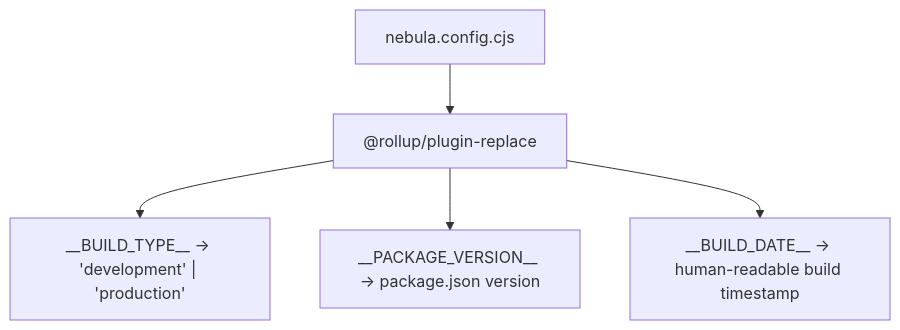
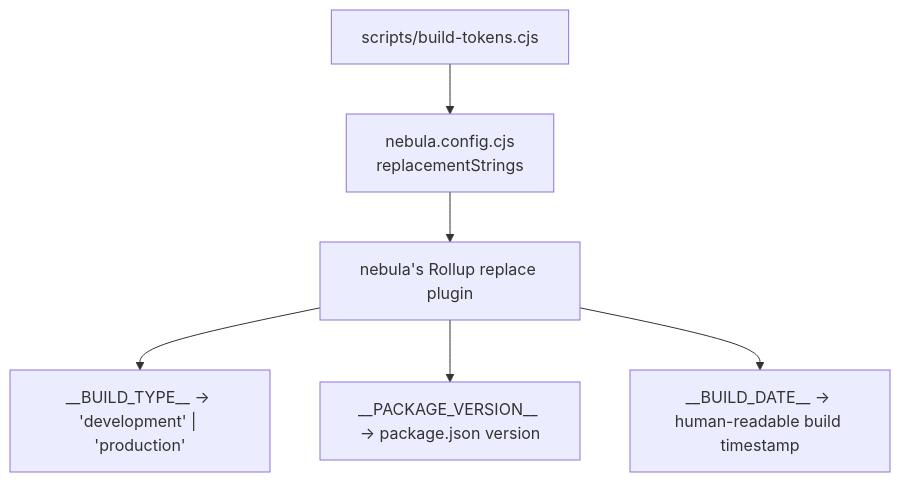
Before and after one commit to ptarmiganlabs/onboard.qs: the second of 4 diagrams in docs/BUILD-AND-DEPLOYMENT.md, drawn with Mermaid. The commit also changed other lines of this file and 11 other files, not shown here.

````diff
--- a/docs/BUILD-AND-DEPLOYMENT.md
+++ b/docs/BUILD-AND-DEPLOYMENT.md
@@ -44,7 +46,8 @@
 ```mermaid
 flowchart TD
-    A[nebula.config.cjs] --> B["@rollup/plugin-replace"]
-    B --> C["__BUILD_TYPE__ → 'development' | 'production'"]
-    B --> D["__PACKAGE_VERSION__ → package.json version"]
-    B --> E["__BUILD_DATE__ → human-readable build timestamp"]
+    A[scripts/build-tokens.cjs] --> B[nebula.config.cjs<br/>replacementStrings]
+    B --> R["nebula's Rollup replace plugin"]
+    R --> C["__BUILD_TYPE__ → 'development' | 'production'"]
+    R --> D["__PACKAGE_VERSION__ → package.json version"]
+    R --> E["__BUILD_DATE__ → human-readable build timestamp"]
 ```
````
